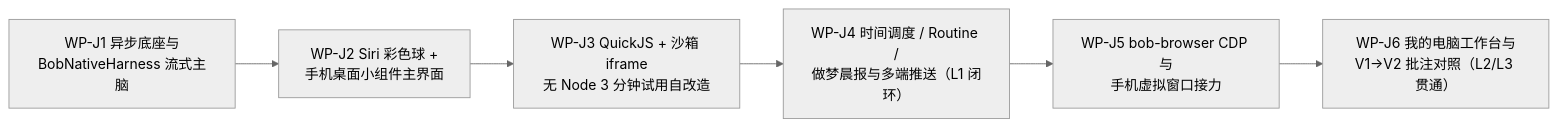
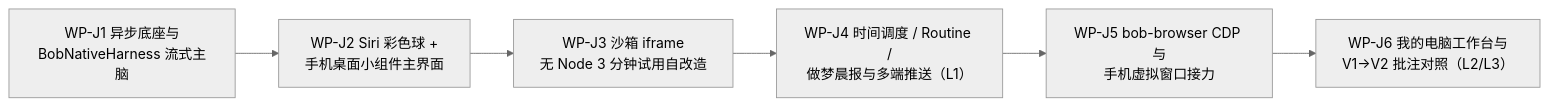
One commit to bobbik1984/bob-agent changed the second of 3 diagrams in docs/DEVELOPMENT_ROUTE.md. Above: the diagram before and after it, drawn with Mermaid (neutral theme). The commit also changed other lines of this file and 14 other files, not shown here.

````diff
--- a/docs/DEVELOPMENT_ROUTE.md
+++ b/docs/DEVELOPMENT_ROUTE.md
@@ -84,8 +43,8 @@
 ```mermaid
 flowchart LR
     WPJ1["WP-J1 异步底座与<br/>BobNativeHarness 流式主脑"] --> WPJ2["WP-J2 Siri 彩色球 +<br/>手机桌面小组件主界面"]
-    WPJ2 --> WPJ3["WP-J3 QuickJS + 沙箱 iframe<br/>无 Node 3 分钟试用自改造"]
-    WPJ3 --> WPJ4["WP-J4 时间调度 / Routine /<br/>做梦晨报与多端推送（L1 闭环）"]
+    WPJ2 --> WPJ3["WP-J3 沙箱 iframe<br/>无 Node 3 分钟试用自改造"]
+    WPJ3 --> WPJ4["WP-J4 时间调度 / Routine /<br/>做梦晨报与多端推送（L1）"]
     WPJ4 --> WPJ5["WP-J5 bob-browser CDP 与<br/>手机虚拟窗口接力"]
-    WPJ5 --> WPJ6["WP-J6 我的电脑工作台与<br/>V1→V2 批注对照（L2/L3 贯通）"]
+    WPJ5 --> WPJ6["WP-J6 我的电脑工作台与<br/>V1→V2 批注对照（L2/L3）"]
 ```
````
